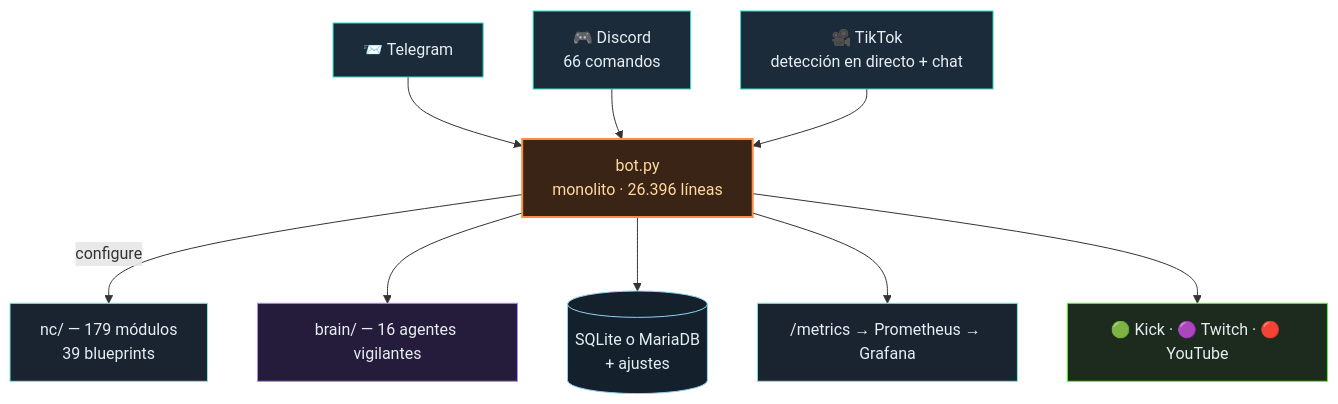
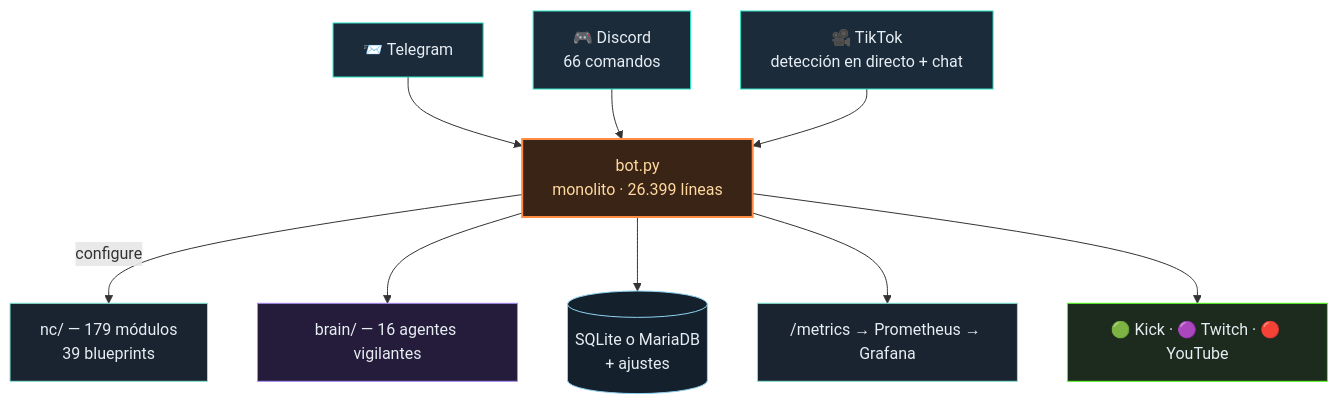
Before and after one commit to itsamemedev/Telegram-Stream-Info-Bot: the diagram in README.es.md, drawn with Mermaid. The commit also changed other lines of this file and 14 other files, not shown here.

````diff
--- a/README.es.md
+++ b/README.es.md
@@ -64,18 +64,18 @@
 ```mermaid
 flowchart TB
     TG["📨 Telegram"]:::ein --> BOT
     DC["🎮 Discord<br/>66 comandos"]:::ein --> BOT
     TT["🎥 TikTok<br/>detección en directo + chat"]:::ein --> BOT
-    BOT["bot.py<br/>monolito · 26.396 líneas"]:::core
+    BOT["bot.py<br/>monolito · 26.399 líneas"]:::core
     BOT -->|configure| NC["nc/ — 179 módulos<br/>39 blueprints"]:::lib
     BOT --> BRAIN["brain/ — 16 agentes vigilantes"]:::brain
     BOT --> DB[("SQLite o MariaDB<br/>+ ajustes")]:::db
     BOT --> PROM["/metrics → Prometheus → Grafana"]:::lib
     BOT --> OUT["🟢 Kick · 🟣 Twitch · 🔴 YouTube"]:::out
     classDef ein fill:#1c2b3a,stroke:#2de1c2,color:#e6edf3
     classDef core fill:#3a2415,stroke:#ff8c42,stroke-width:2px,color:#ffd9a0
     classDef lib fill:#1a2430,stroke:#7fe7d4,color:#e6edf3
     classDef brain fill:#241c3a,stroke:#a78bfa,color:#e6edf3
     classDef db fill:#14202c,stroke:#8fd3f4,color:#e6edf3
     classDef out fill:#1c2b1e,stroke:#53fc18,color:#e6edf3
 ```
````
